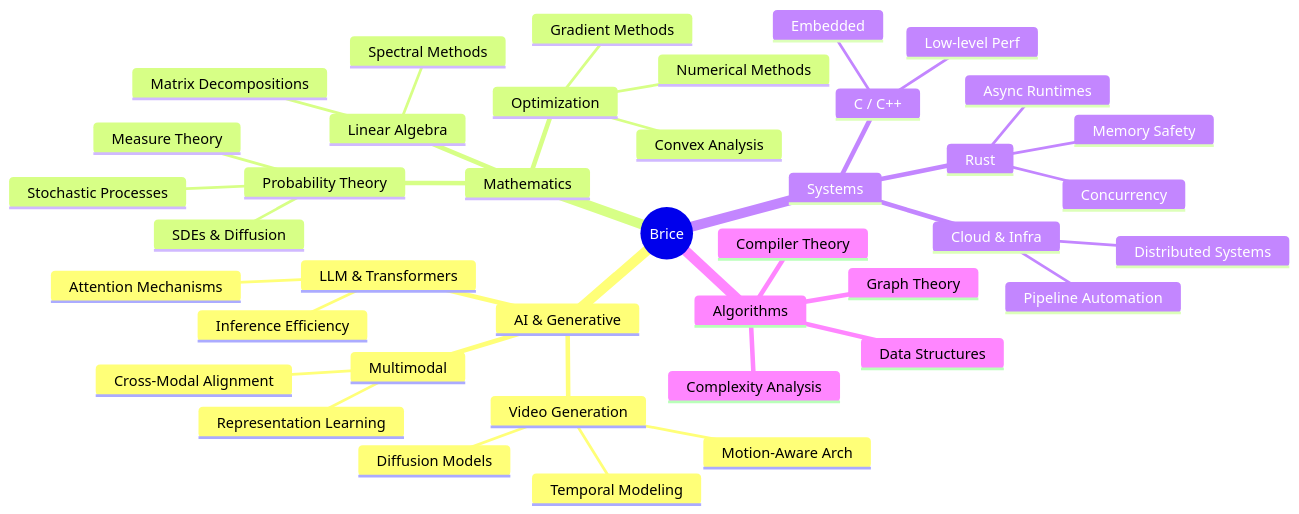
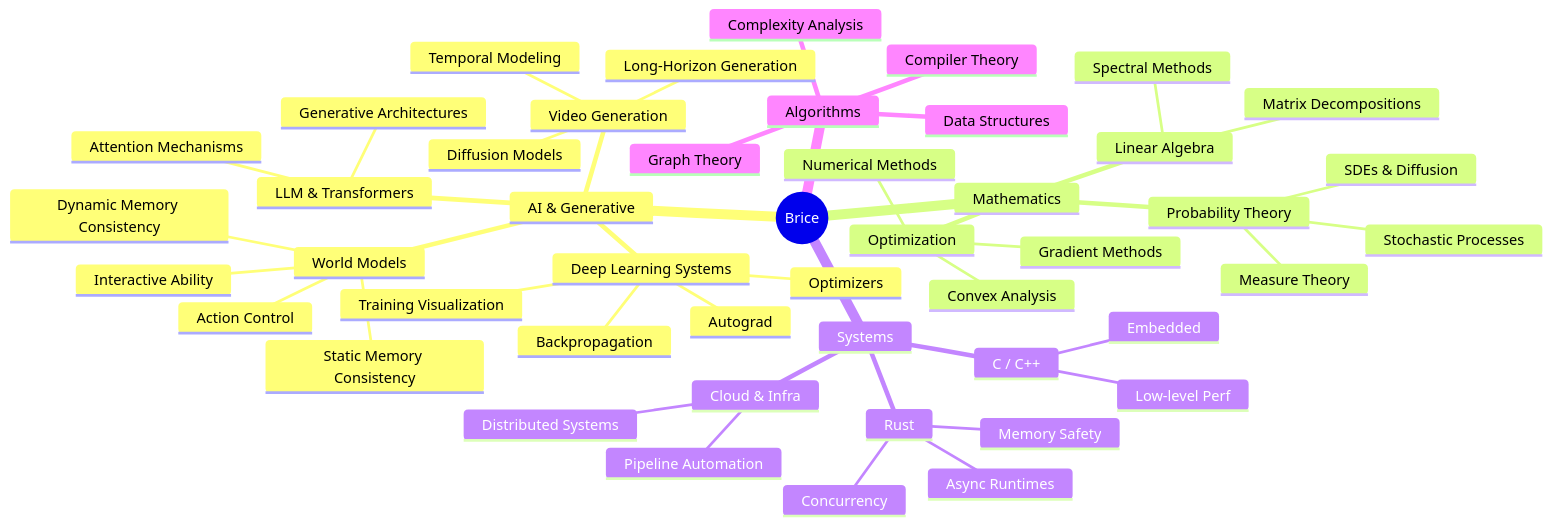
The diagram in content/about/_index.md (BriceLucifer/BriceLucifer.github.io), drawn with Mermaid before and after one commit. The commit also changed other lines of this file and 5 other files, not shown here.

```diff
--- a/content/about/_index.md
+++ b/content/about/_index.md
@@ -121,43 +147,50 @@
 <div class="mermaid">
 mindmap
   root((Brice))
     AI & Generative
       Video Generation
         Diffusion Models
         Temporal Modeling
-        Motion-Aware Arch
-      Multimodal
-        Cross-Modal Alignment
-        Representation Learning
+        Long-Horizon Generation
+      World Models
+        Static Memory Consistency
+        Dynamic Memory Consistency
+        Action Control
+        Interactive Ability
       LLM & Transformers
         Attention Mechanisms
-        Inference Efficiency
+        Generative Architectures
+      Deep Learning Systems
+        Autograd
+        Backpropagation
+        Optimizers
+        Training Visualization
     Mathematics
       Probability Theory
         Measure Theory
         Stochastic Processes
         SDEs & Diffusion
       Optimization
         Gradient Methods
         Convex Analysis
         Numerical Methods
       Linear Algebra
         Matrix Decompositions
         Spectral Methods
     Systems
       Rust
         Async Runtimes
         Memory Safety
         Concurrency
       C / C++
         Low-level Perf
         Embedded
       Cloud & Infra
         Distributed Systems
         Pipeline Automation
     Algorithms
       Graph Theory
       Data Structures
       Compiler Theory
       Complexity Analysis
 </div>
```
